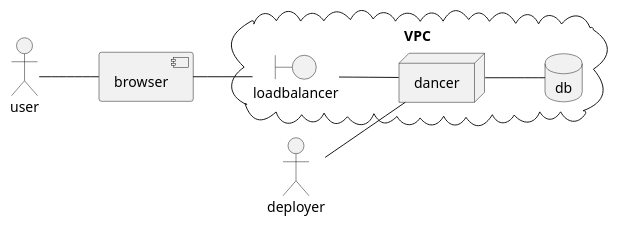
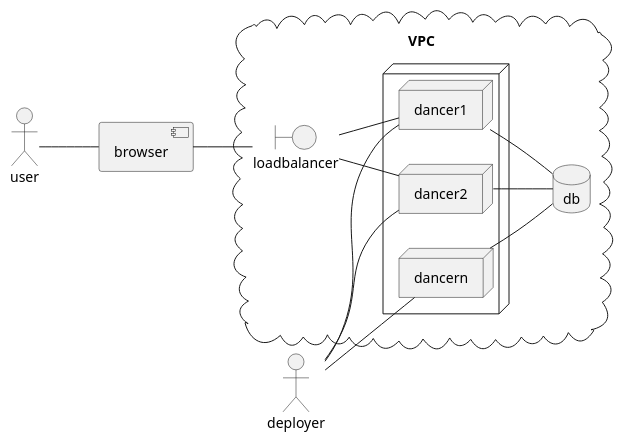
The diagram in src/main/jbake/content/documentation/index.adoc (dancier/documentation), drawn with PlantUML before and after one commit.

Commit message:
we could have more than one dance

```diff
--- a/src/main/jbake/content/documentation/index.adoc
+++ b/src/main/jbake/content/documentation/index.adoc
@@ -20,20 +20,30 @@
 [plantuml]
 ....
 @startuml
 left to right direction
 actor user
 actor deployer
 component browser
 cloud VPC {
    database db
    boundary loadbalancer
-   node dancer
-
+   node {
+     node dancer1
+     node dancer2
+     node dancern
+   }
 }
 user -- browser
 browser -- loadbalancer
-loadbalancer -- dancer
-dancer -- db
-deployer -- dancer
+loadbalancer -- dancer1
+loadbalancer -- dancer2
+dancer1 -- db
+dancer2 -- db
+dancern -- db
+
+deployer -- dancer1
+deployer -- dancer2
+deployer -- dancern
+
 @enduml
 ....
```
